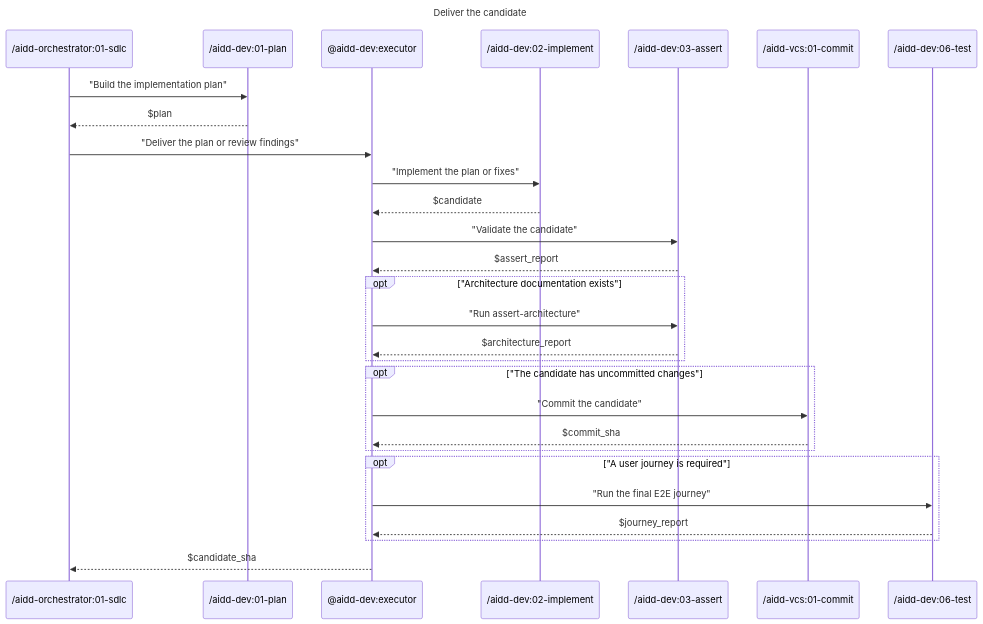
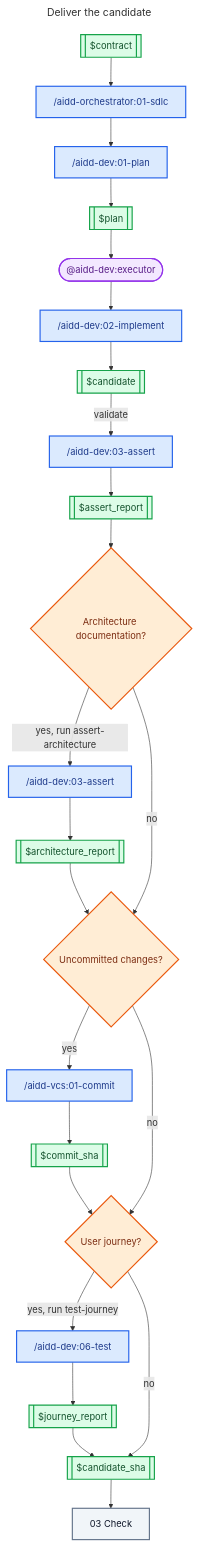
One commit to ai-driven-dev/aidd-framework changed the diagram in plugins/aidd-orchestrator/skills/01-sdlc/references/02-deliver.md. Above: the diagram before and after it, drawn with Mermaid. The commit also changed 3 other files, not shown here.

Commit message:
refactor(orchestrator): simplify SDLC diagrams

````diff
--- a/plugins/aidd-orchestrator/skills/01-sdlc/references/02-deliver.md
+++ b/plugins/aidd-orchestrator/skills/01-sdlc/references/02-deliver.md
@@ -5,34 +5,61 @@
 ```mermaid
 ---
 title: Deliver the candidate
 ---
-sequenceDiagram
-  participant Sdlc as /aidd-orchestrator:01-sdlc
-  participant Plan as /aidd-dev:01-plan
-  participant Executor as @aidd-dev:executor
-  participant Implement as /aidd-dev:02-implement
-  participant Assert as /aidd-dev:03-assert
-  participant Commit as /aidd-vcs:01-commit
-  participant Test as /aidd-dev:06-test
+flowchart TB
+  Contract[["$contract"]]
+  Sdlc["/aidd-orchestrator:01-sdlc"]
+  Plan["/aidd-dev:01-plan"]
+  PlanArtifact[["$plan"]]
+  Executor(["@aidd-dev:executor"])
+  Implement["/aidd-dev:02-implement"]
+  Candidate[["$candidate"]]
+  AssertCode["/aidd-dev:03-assert"]
+  AssertReport[["$assert_report"]]
+  ArchitectureDecision{"Architecture documentation?"}
+  AssertArchitecture["/aidd-dev:03-assert"]
+  ArchitectureReport[["$architecture_report"]]
+  CommitDecision{"Uncommitted changes?"}
+  Commit["/aidd-vcs:01-commit"]
+  CommitSha[["$commit_sha"]]
+  JourneyDecision{"User journey?"}
+  Test["/aidd-dev:06-test"]
+  JourneyReport[["$journey_report"]]
+  CandidateSha[["$candidate_sha"]]
+  Check["03 Check"]
 
-  Sdlc->>Plan: "Build the implementation plan"
-  Plan-->>Sdlc: $plan
-  Sdlc->>Executor: "Deliver the plan or review findings"
-  Executor->>Implement: "Implement the plan or fixes"
-  Implement-->>Executor: $candidate
-  Executor->>Assert: "Validate the candidate"
-  Assert-->>Executor: $assert_report
-  opt "Architecture documentation exists"
-    Executor->>Assert: "Run assert-architecture"
-    Assert-->>Executor: $architecture_report
-  end
-  opt "The candidate has uncommitted changes"
-    Executor->>Commit: "Commit the candidate"
-    Commit-->>Executor: $commit_sha
-  end
-  opt "A user journey is required"
-    Executor->>Test: "Run the final E2E journey"
-    Test-->>Executor: $journey_report
-  end
-  Executor-->>Sdlc: $candidate_sha
+  Contract --> Sdlc
+  Sdlc --> Plan
+  Plan --> PlanArtifact
+  PlanArtifact --> Executor
+  Executor --> Implement
+  Implement --> Candidate
+  Candidate -- "validate" --> AssertCode
+  AssertCode --> AssertReport
+  AssertReport --> ArchitectureDecision
+  ArchitectureDecision -- "yes, run assert-architecture" --> AssertArchitecture
+  AssertArchitecture --> ArchitectureReport
+  ArchitectureReport --> CommitDecision
+  ArchitectureDecision -- "no" --> CommitDecision
+  CommitDecision -- "yes" --> Commit
+  Commit --> CommitSha
+  CommitSha --> JourneyDecision
+  CommitDecision -- "no" --> JourneyDecision
+  JourneyDecision -- "yes, run test-journey" --> Test
+  Test --> JourneyReport
+  JourneyReport --> CandidateSha
+  JourneyDecision -- "no" --> CandidateSha
+  CandidateSha --> Check
+
+  classDef skill fill:#DBEAFE,stroke:#2563EB,color:#1E3A8A,stroke-width:2px
+  classDef agent fill:#F3E8FF,stroke:#9333EA,color:#581C87,stroke-width:2px
+  classDef artifact fill:#DCFCE7,stroke:#16A34A,color:#14532D,stroke-width:2px
+  classDef decision fill:#FFEDD5,stroke:#EA580C,color:#7C2D12,stroke-width:2px
+  classDef zone fill:#F1F5F9,stroke:#64748B,color:#0F172A,stroke-width:2px
+
+  class Sdlc,Plan,Implement,AssertCode,AssertArchitecture,Commit,Test skill
+  class Executor agent
+  class Contract,PlanArtifact,Candidate,AssertReport,ArchitectureReport,CommitSha,JourneyReport,CandidateSha artifact
+  class ArchitectureDecision,CommitDecision,JourneyDecision decision
+  class Check zone
 ```
````
